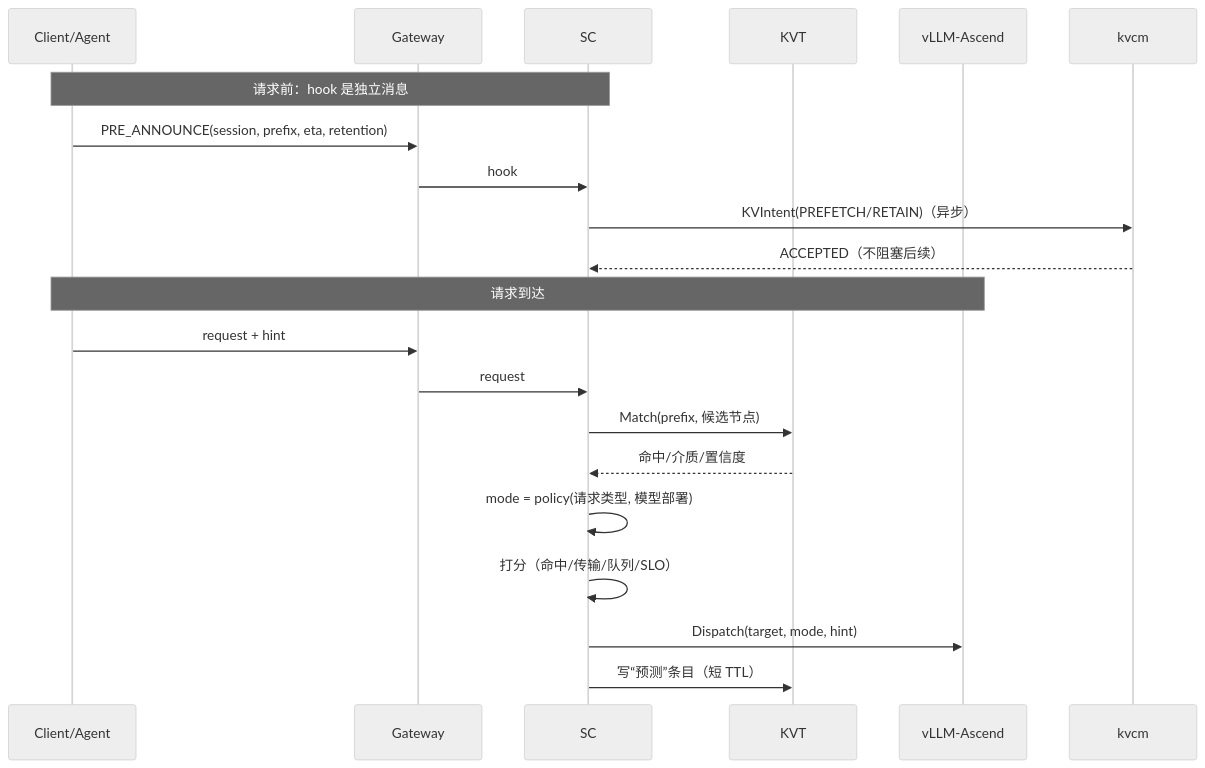
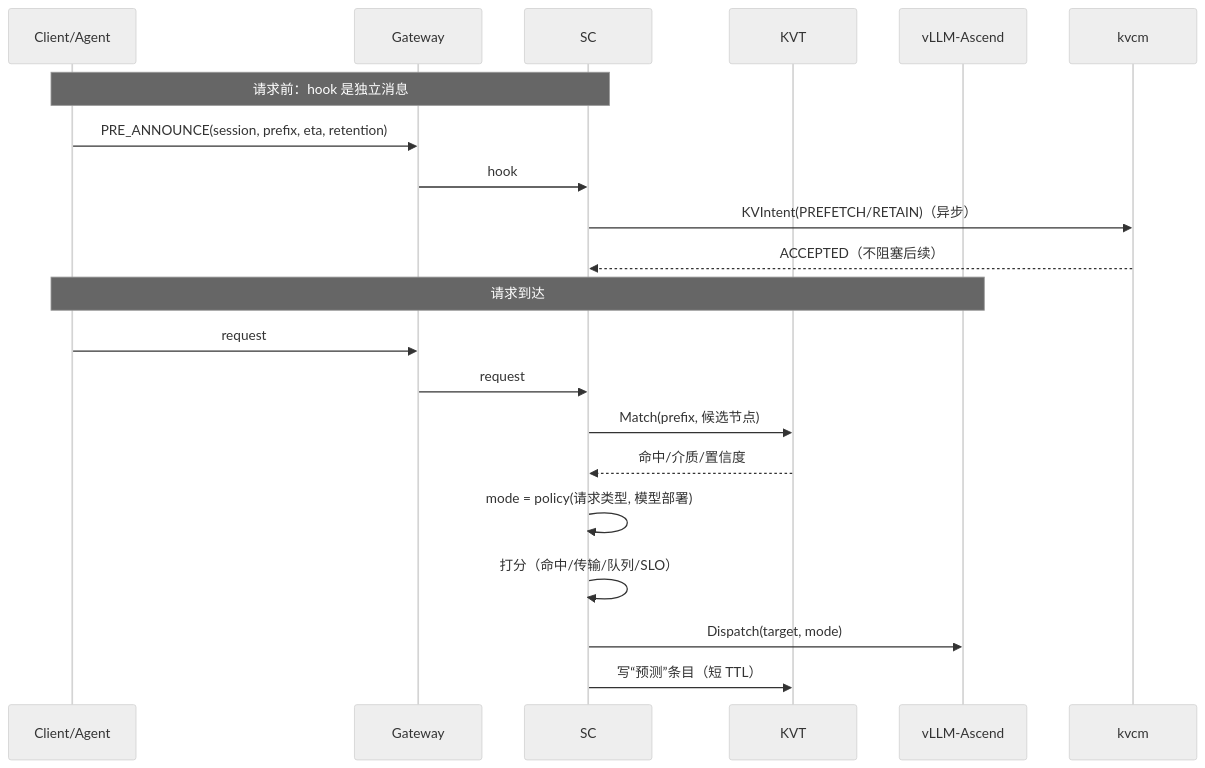
Before and after one commit to 5x8-40/lake: the first of 9 diagrams in kvcm/design/D8b-scheduling-sequences.md, drawn with Mermaid (neutral theme). The commit also changed other lines of this file and 3 other files, not shown here.

First line of the commit message:
docs(kvcm): Dispatch 去掉 hint，改 target+mode

````diff
--- a/kvcm/design/D8b-scheduling-sequences.md
+++ b/kvcm/design/D8b-scheduling-sequences.md
@@ -24,25 +24,25 @@
 ```mermaid
 sequenceDiagram
     participant C as Client/Agent
     participant G as Gateway
     participant R as SC
     participant KVT as KVT
     participant W as vLLM-Ascend
     participant K as kvcm
 
     Note over C,R: 请求前：hook 是独立消息
     C->>G: PRE_ANNOUNCE(session, prefix, eta, retention)
     G->>R: hook
     R->>K: KVIntent(PREFETCH/RETAIN)（异步）
     K-->>R: ACCEPTED（不阻塞后续）
 
     Note over C,W: 请求到达
-    C->>G: request + hint
+    C->>G: request
     G->>R: request
     R->>KVT: Match(prefix, 候选节点)
     KVT-->>R: 命中/介质/置信度
     R->>R: mode = policy(请求类型, 模型部署)
     R->>R: 打分（命中/传输/队列/SLO）
-    R->>W: Dispatch(target, mode, hint)
+    R->>W: Dispatch(target, mode)
     R->>KVT: 写“预测”条目（短 TTL）
 ```
````
